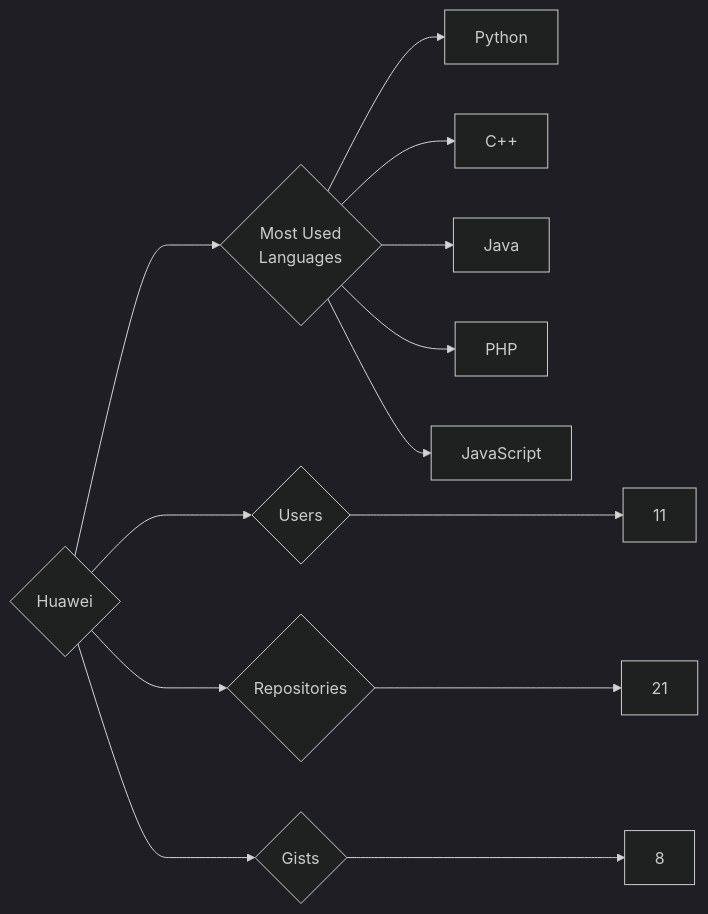
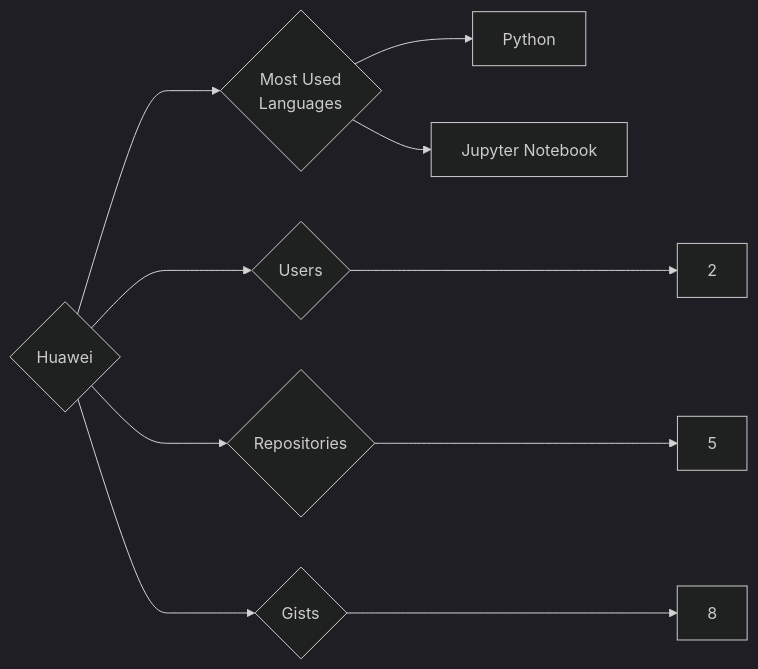
The diagram in targets/Huawei/README.md (trickest/insiders), drawn with Mermaid (dark theme) before and after one commit. The commit also changed 860 other files, not shown here.

````diff
--- a/targets/Huawei/README.md
+++ b/targets/Huawei/README.md
@@ -3,13 +3,10 @@
 ```mermaid
 graph LR
 COMPANY_NAME{Huawei}
-COMPANY_NAME ---> U{Users} ---> UN[11]
-COMPANY_NAME ---> R{Repositories} ---> RN[21]
+COMPANY_NAME ---> U{Users} ---> UN[2]
+COMPANY_NAME ---> R{Repositories} ---> RN[5]
 COMPANY_NAME ---> G{Gists} ---> GN[8]
 COMPANY_NAME ---> ML{Most Used<br>Languages}
 ML --> Python[Python]
-ML --> C++[C++]
-ML --> Java[Java]
-ML --> PHP[PHP]
-ML --> JavaScript[JavaScript]
+ML --> Jupyter_Notebook[Jupyter Notebook]
 ```
````
